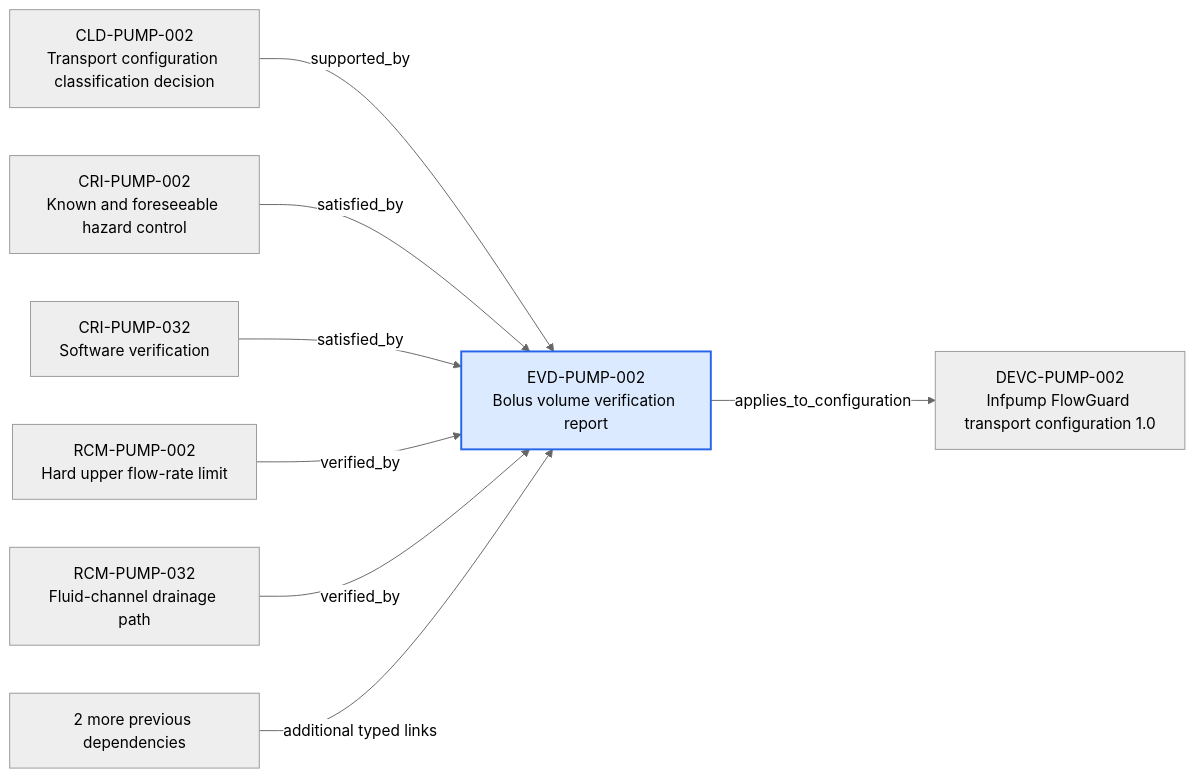
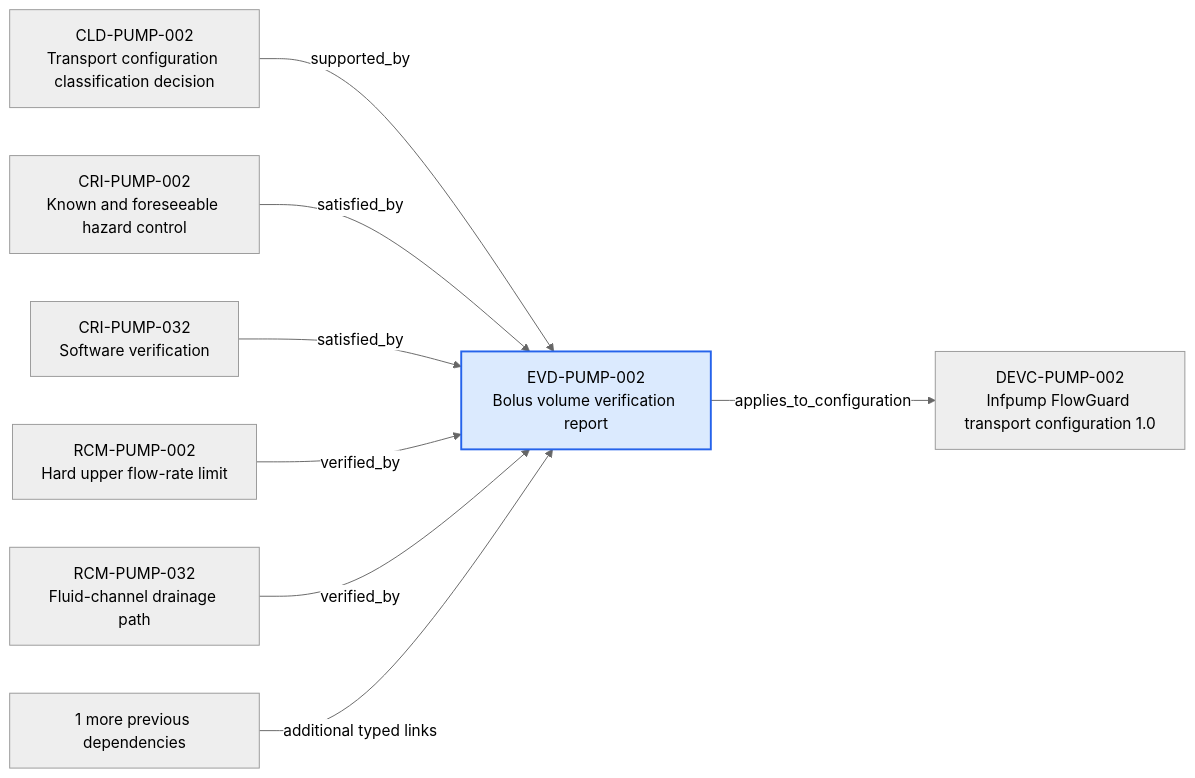
The diagram in content/06-Infpump FlowGuard ontology notes/verification-evidence/EVD-PUMP-002-bolus-volume-verification-report.md (mvattulainen/mdrontology), drawn with Mermaid (neutral theme) before and after one commit. The commit also changed other lines of this file and 321 other files, not shown here.

Commit message:
Implement Mermaid ontology audit findings

````diff
--- a/content/06-Infpump FlowGuard ontology notes/verification-evidence/EVD-PUMP-002-bolus-volume-verification-report.md
+++ b/content/06-Infpump FlowGuard ontology notes/verification-evidence/EVD-PUMP-002-bolus-volume-verification-report.md
@@ -73,20 +73,20 @@
 ```mermaid
 flowchart LR
   CURRENT["EVD-PUMP-002<br/>Bolus volume verification report"]
   PREV0["CLD-PUMP-002<br/>Transport configuration classification decision"]
   PREV0 -->|"supported_by"| CURRENT
   PREV1["CRI-PUMP-002<br/>Known and foreseeable hazard control"]
   PREV1 -->|"satisfied_by"| CURRENT
   PREV2["CRI-PUMP-032<br/>Software verification"]
   PREV2 -->|"satisfied_by"| CURRENT
   PREV3["RCM-PUMP-002<br/>Hard upper flow-rate limit"]
   PREV3 -->|"verified_by"| CURRENT
   PREV4["RCM-PUMP-032<br/>Fluid-channel drainage path"]
   PREV4 -->|"verified_by"| CURRENT
-  PREV_MORE["2 more previous dependencies"]
+  PREV_MORE["1 more previous dependencies"]
   PREV_MORE -->|"additional typed links"| CURRENT
   NEXT0["DEVC-PUMP-002<br/>Infpump FlowGuard transport configuration 1.0"]
   CURRENT -->|"applies_to_configuration"| NEXT0
   classDef current fill:#dbeafe,stroke:#2563eb,stroke-width:2px
   class CURRENT current
 ```
````
